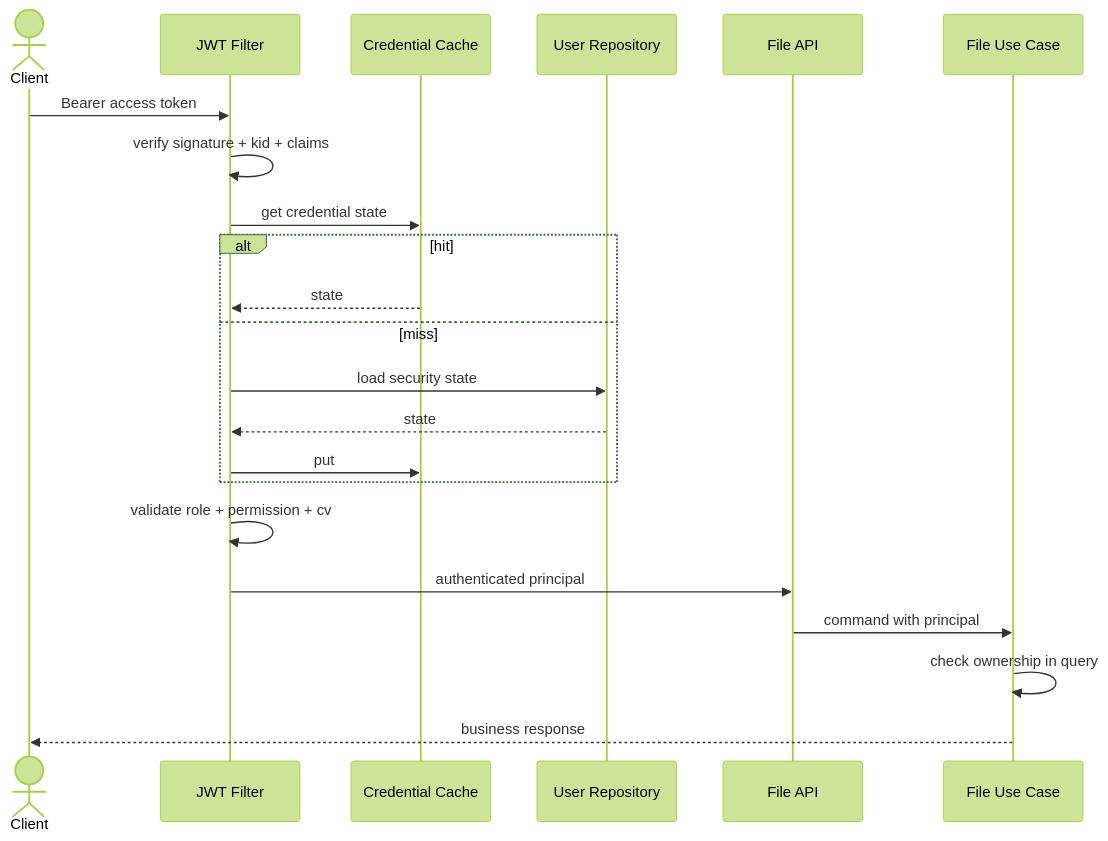
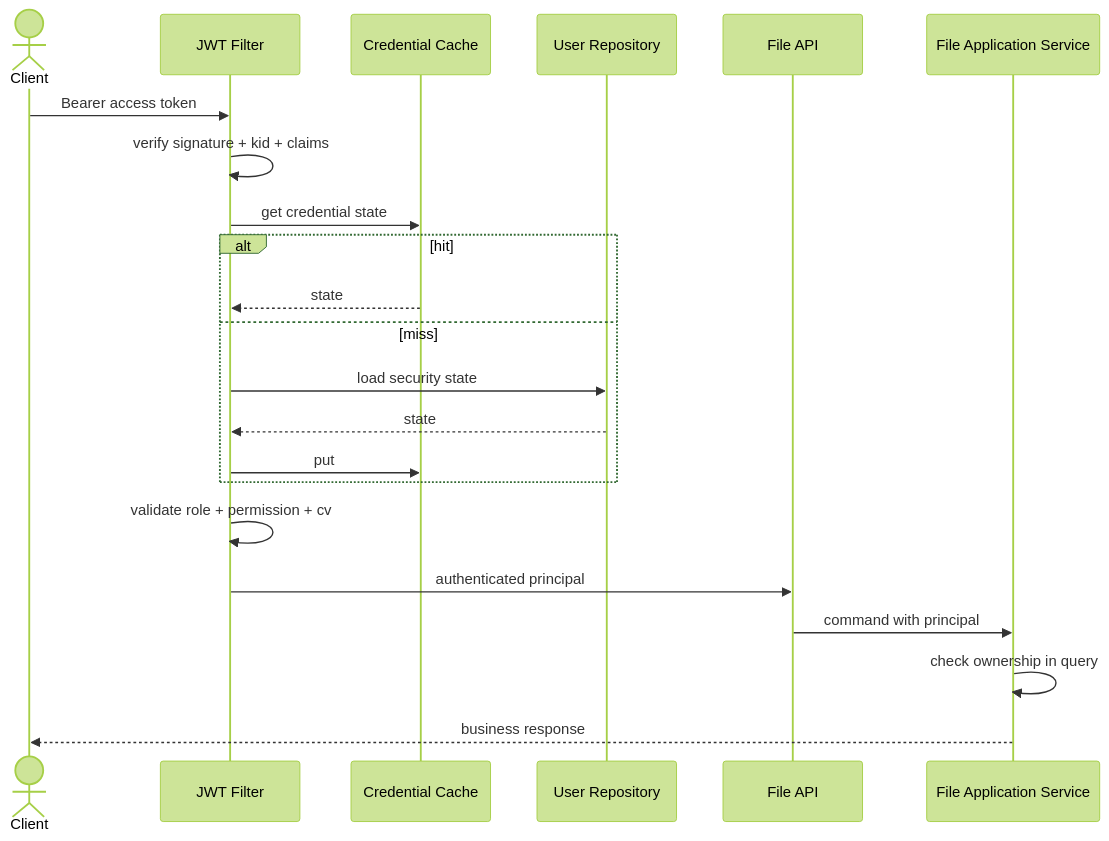
Before and after one commit to vandunxg/file_processing: the sixth of 6 diagrams in docs/specs/auth-module-requirements.md, drawn with Mermaid (forest theme). The commit also changed other lines of this file and 30 other files, not shown here.

````diff
--- a/docs/specs/auth-module-requirements.md
+++ b/docs/specs/auth-module-requirements.md
@@ -2988,24 +3027,24 @@
 ```mermaid
 sequenceDiagram
     actor Client
     participant Filter as JWT Filter
     participant Cache as Credential Cache
     participant DB as User Repository
     participant API as File API
-    participant UseCase as File Use Case
+    participant AppSvc as File Application Service
     Client->>Filter: Bearer access token
     Filter->>Filter: verify signature + kid + claims
     Filter->>Cache: get credential state
     alt hit
         Cache-->>Filter: state
     else miss
         Filter->>DB: load security state
         DB-->>Filter: state
         Filter->>Cache: put
     end
     Filter->>Filter: validate role + permission + cv
     Filter->>API: authenticated principal
-    API->>UseCase: command with principal
-    UseCase->>UseCase: check ownership in query
-    UseCase-->>Client: business response
+    API->>AppSvc: command with principal
+    AppSvc->>AppSvc: check ownership in query
+    AppSvc-->>Client: business response
 ```
````
